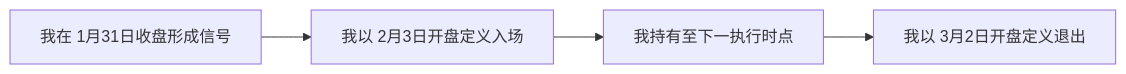
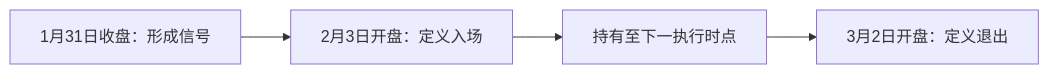
One commit to ThreshoLdnnis/QuantitativeTeamProject1 changed the diagram in lessons/07_forward_returns_rank_ic/README.md. Above: the diagram before and after it, drawn with Mermaid. The commit also changed other lines of this file and 55 other files, not shown here.

````diff
--- a/lessons/07_forward_returns_rank_ic/README.md
+++ b/lessons/07_forward_returns_rank_ic/README.md
@@ -49,6 +49,6 @@
 ```mermaid
 flowchart LR
-    A[我在 1月31日收盘形成信号] --> B[我以 2月3日开盘定义入场]
-    B --> C[我持有至下一执行时点]
-    C --> D[我以 3月2日开盘定义退出]
+    A[1月31日收盘：形成信号] --> B[2月3日开盘：定义入场]
+    B --> C[持有至下一执行时点]
+    C --> D[3月2日开盘：定义退出]
 ```
````
